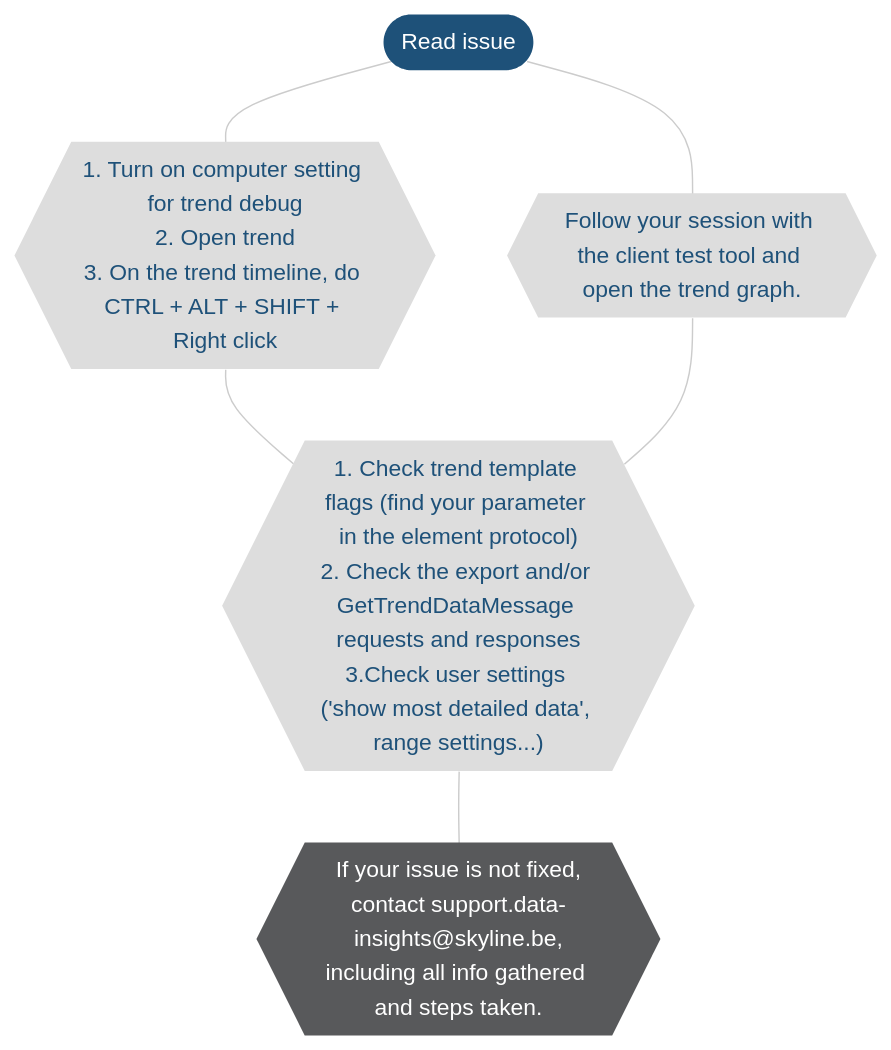
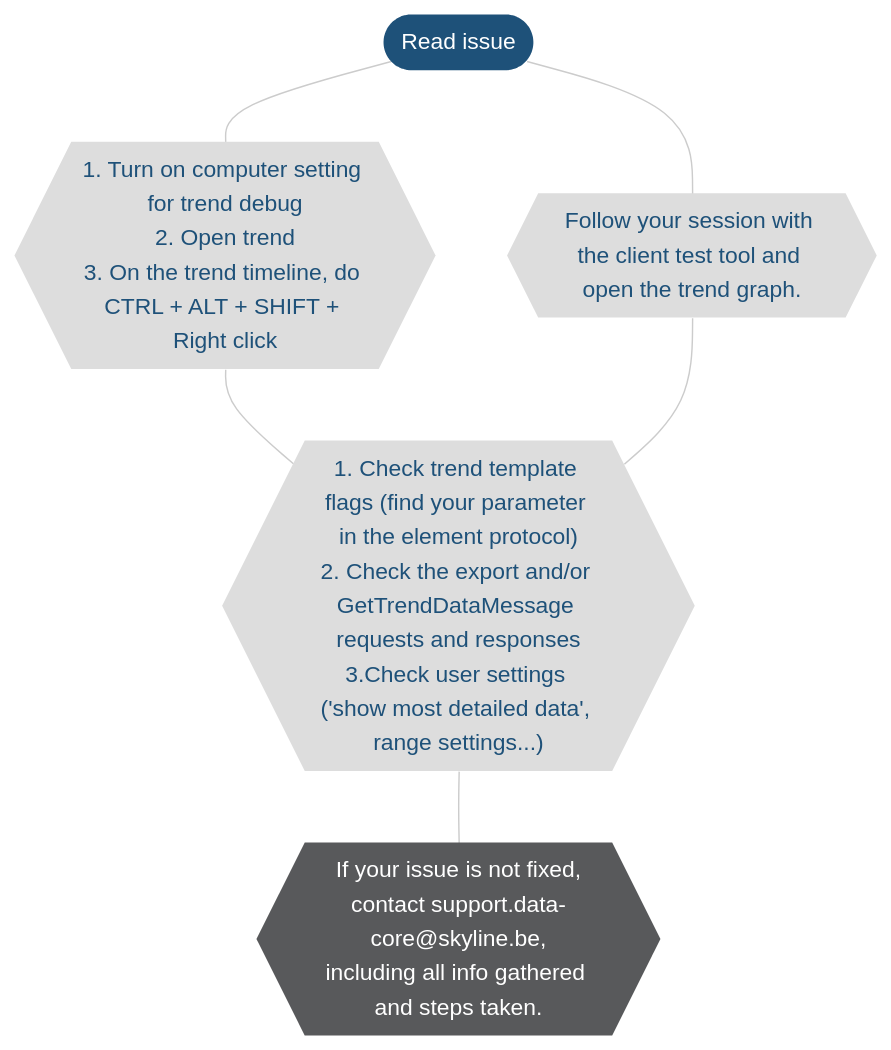
Before and after one commit to SkylineCommunications/dataminer-docs: the second of 3 diagrams in user-guide/Troubleshooting/Troubleshooting_Flowcharts/Troubleshooting_Trending.md, drawn with Mermaid. The commit also changed other lines of this file, not shown here.

Commit message:
Update Troubleshooting_Trending.md
forgot to change the Insights email inside the flowcharts

```diff
--- a/user-guide/Troubleshooting/Troubleshooting_Flowcharts/Troubleshooting_Trending.md
+++ b/user-guide/Troubleshooting/Troubleshooting_Flowcharts/Troubleshooting_Trending.md
@@ -60,31 +60,31 @@
 <div class="mermaid">
 flowchart TD
 %% Define styles %%
 linkStyle default stroke:#cccccc
 classDef classTerminal fill:#1e5179,stroke:#1e5179,color:#ffffff,stroke-width:0px;
 classDef classDecision fill:#4baeea,stroke:#4baeea,color:#ffffff,stroke-width:0px;
 classDef classExternalRef fill:#9ddaf5,stroke:#9ddaf5,color:#1E5179,stroke-width:0px;
 classDef classActionClickable fill:#999999,stroke:#999999,color:#ffffff,stroke-width:0px;
 classDef classAction fill:#dddddd,stroke:#dddddd,color:#1E5179,stroke-width:0px;
 classDef classSolution fill:#58595b,stroke:#58595b,color:#ffffff,stroke-width:0px;
 %% Define blocks %%
 ReadIssue([Read issue])
 FollowCTT{{Follow your session with the client test tool and open the trend graph.}}
 ClientExport{{1. Turn on computer setting for trend debug\n2. Open trend\n3. On the trend timeline, do CTRL + ALT + SHIFT + Right click}}
 ReadIssueChecks{{"1. Check trend template flags (find your parameter in the element protocol)\n2. Check the export and/or GetTrendDataMessage requests and responses\n3.Check user settings ('show most detailed data', range settings...)"}}
-NotFixed{{"If your issue is not fixed,\ncontact support.data-insights@skyline.be,\nincluding all info gathered and steps taken."}}
+NotFixed{{"If your issue is not fixed,\ncontact support.data-core@skyline.be,\nincluding all info gathered and steps taken."}}
 %% Connect blocks %%
 ReadIssue --- FollowCTT
 ReadIssue --- ClientExport
 ClientExport --- ReadIssueChecks
 FollowCTT --- ReadIssueChecks
 ReadIssueChecks --- NotFixed
 %% Define hyperlinks %%
 %% Apply styles to blocks %%
 class ReadIssue classTerminal;
 class AlarmConsole,Surveyor,Apps,Trending classExternalRef;
 %%class classActionClickable;
 class GetDELT,TrendDataInspector,QueryDatabase,FollowCTT,ReadIssueChecks,ClientExport,WriteIssueActionLogging,WriteIssueActionDBXML,WriteIssueActionTrendTemplate,WriteIssueActionParameter classAction;
 class DataPresent classDecision;
 class NotFixed classSolution;
 </div>
```
